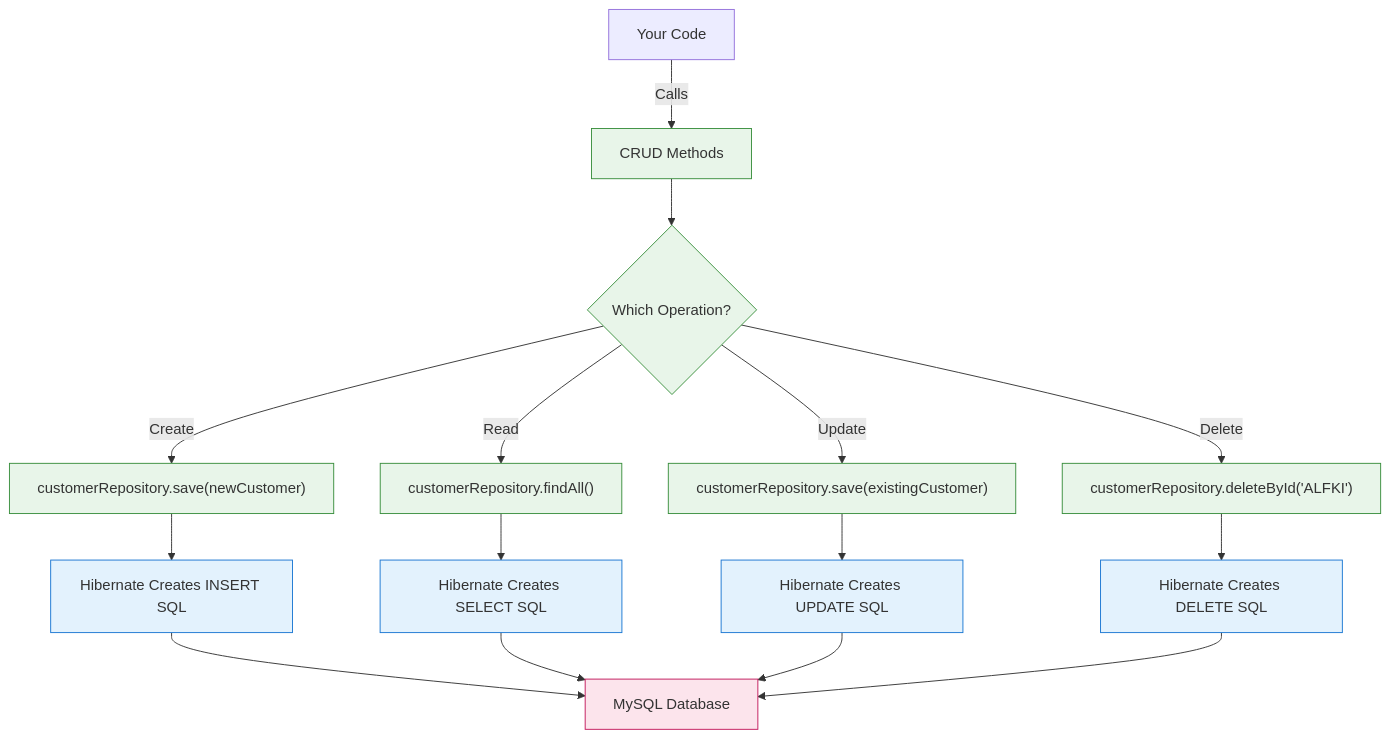
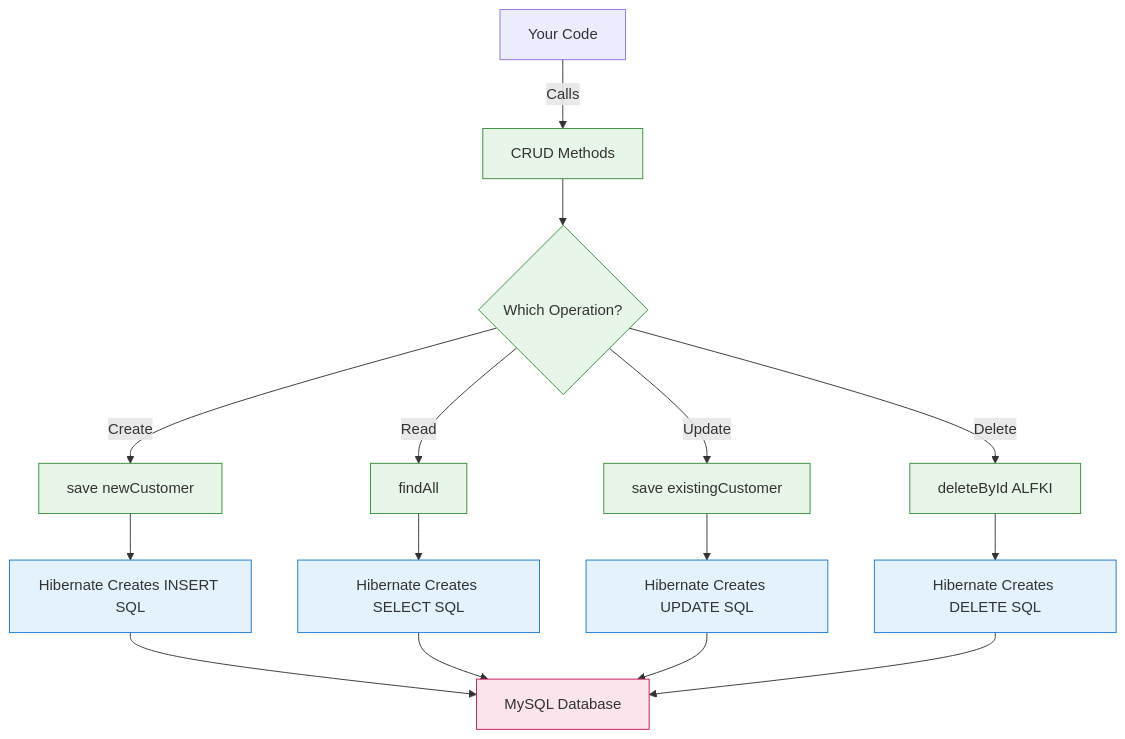
The sixth of 8 diagrams in Nish Lessons - Q&A's/SpringBoot/Architecture made simple.md (stravos97/java-documentation-notes), drawn with Mermaid before and after one commit. The commit also changed other lines of this file and 8 other files, not shown here.

Commit message:
fix mermaid diagrams

````diff
--- a/Nish Lessons - Q&A's/SpringBoot/Architecture made simple.md
+++ b/Nish Lessons - Q&A's/SpringBoot/Architecture made simple.md
@@ -217,29 +217,29 @@
 ```mermaid
 flowchart TD
     A[Your Code] -->|Calls| B[CRUD Methods]
     B --> C{Which Operation?}
     
-    C -->|Create| D["customerRepository.save(newCustomer)"]
-    C -->|Read| E["customerRepository.findAll()"]
-    C -->|Update| F["customerRepository.save(existingCustomer)"]
-    C -->|Delete| G["customerRepository.deleteById('ALFKI')"]
+    C -->|Create| D[save newCustomer]
+    C -->|Read| E[findAll]
+    C -->|Update| F[save existingCustomer]
+    C -->|Delete| G[deleteById ALFKI]
     
     D --> H[Hibernate Creates INSERT SQL]
     E --> I[Hibernate Creates SELECT SQL]
     F --> J[Hibernate Creates UPDATE SQL]
     G --> K[Hibernate Creates DELETE SQL]
     
     H --> L[MySQL Database]
     I --> L
     J --> L
     K --> L
     
     classDef crud fill:#e8f5e9,stroke:#388e3c;
     class B,C,D,E,F,G crud;
     
     classDef sql fill:#e3f2fd,stroke:#1976d2;
     class H,I,J,K sql;
     
     classDef db fill:#fce4ec,stroke:#c2185b;
     class L db;
 ```
````
